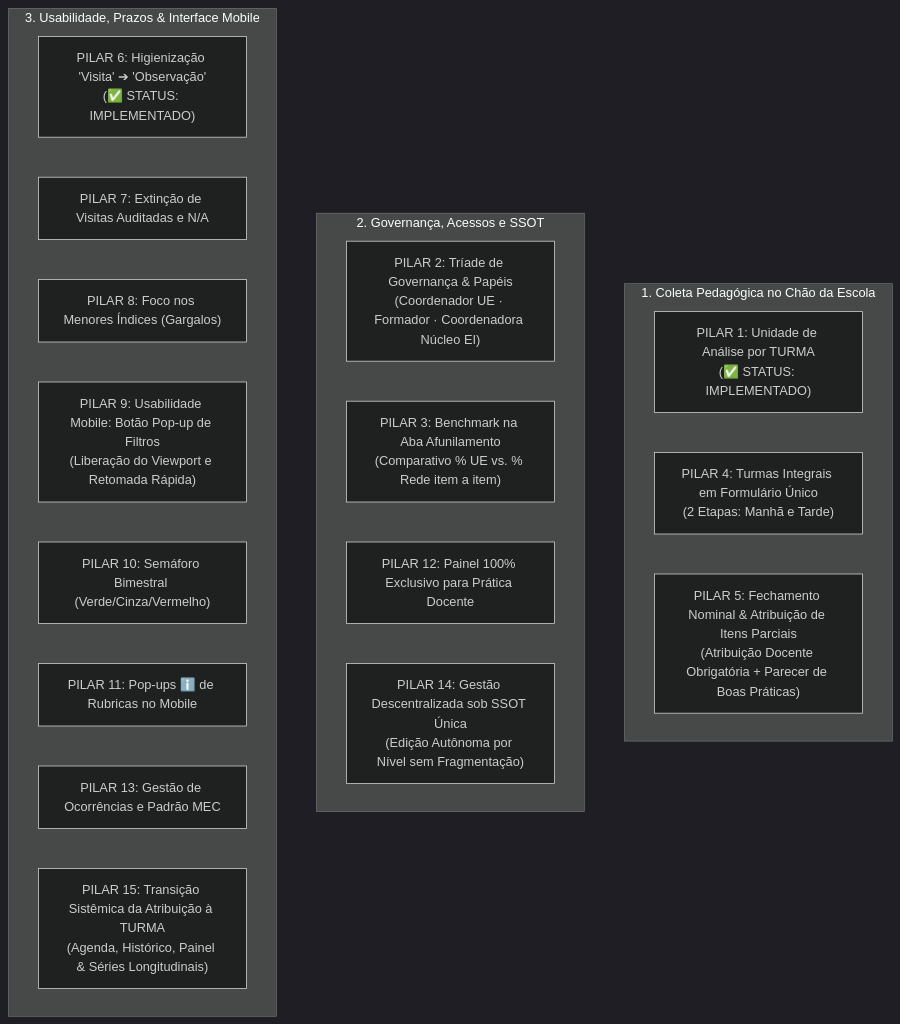
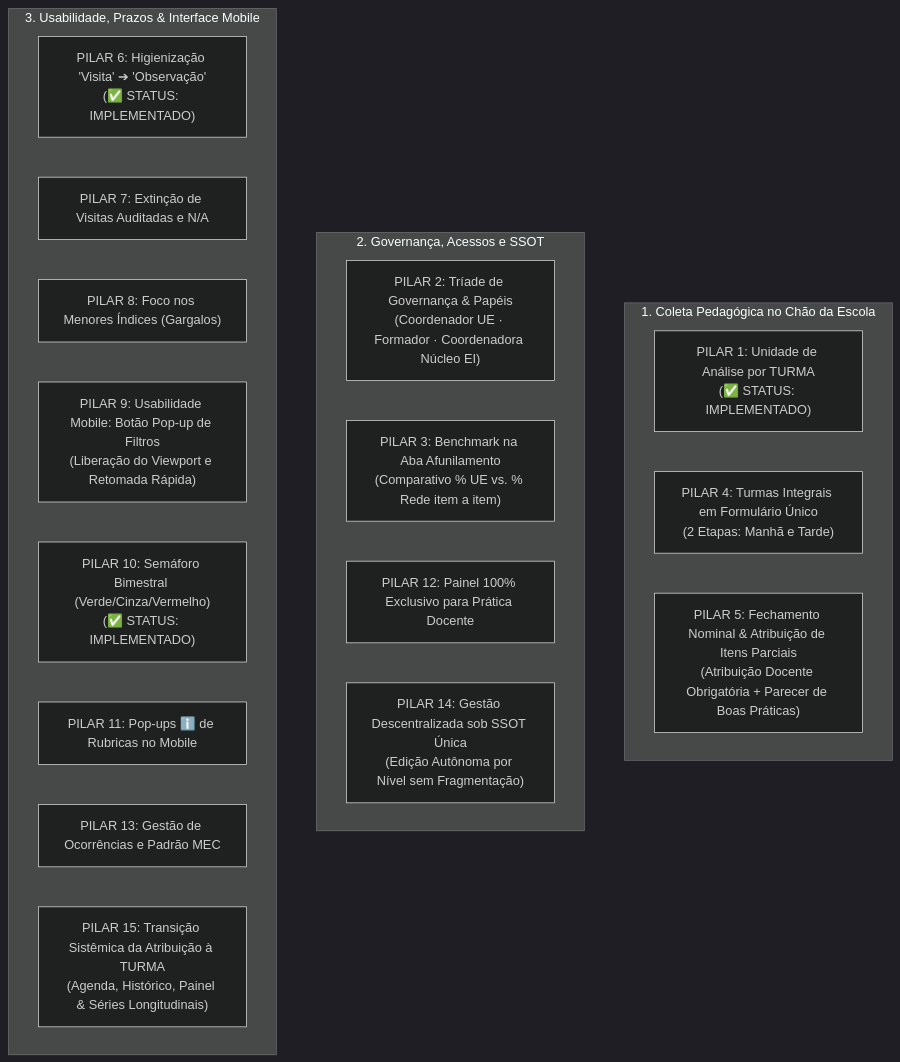
The first of 2 diagrams in docs/documento_insights_supervisao_pedagogica_20261020.md (silvabrun0/supervisao-st-crianca), drawn with Mermaid (dark theme) before and after one commit. The commit also changed other lines of this file and 5 other files, not shown here.

Commit message:
feat: implementar pilar 10 - quadro de controle bimestral e semaforo de prazos por turma (v1.08)

````diff
--- a/docs/documento_insights_supervisao_pedagogica_20261020.md
+++ b/docs/documento_insights_supervisao_pedagogica_20261020.md
@@ -44,26 +44,26 @@
 ```mermaid
 flowchart TD
     subgraph StatusColeta["1. Coleta Pedagógica no Chão da Escola"]
         P1["PILAR 1: Unidade de Análise por TURMA\n(✅ STATUS: IMPLEMENTADO)"]
         P4["PILAR 4: Turmas Integrais em Formulário Único\n(2 Etapas: Manhã e Tarde)"]
         P5["PILAR 5: Fechamento Nominal & Atribuição de Itens Parciais\n(Atribuição Docente Obrigatória + Parecer de Boas Práticas)"]
     end
 
     subgraph Governanca["2. Governança, Acessos e SSOT"]
         P2["PILAR 2: Tríade de Governança & Papéis\n(Coordenador UE · Formador · Coordenadora Núcleo EI)"]
         P3["PILAR 3: Benchmark na Aba Afunilamento\n(Comparativo % UE vs. % Rede item a item)"]
         P12["PILAR 12: Painel 100% Exclusivo para Prática Docente"]
         P14["PILAR 14: Gestão Descentralizada sob SSOT Única\n(Edição Autônoma por Nível sem Fragmentação)"]
     end
 
     subgraph Ergonomia["3. Usabilidade, Prazos & Interface Mobile"]
         P6["PILAR 6: Higienização 'Visita' ➔ 'Observação'\n(✅ STATUS: IMPLEMENTADO)"]
         P7["PILAR 7: Extinção de Visitas Auditadas e N/A"]
         P8["PILAR 8: Foco nos Menores Índices (Gargalos)"]
         P9["PILAR 9: Usabilidade Mobile: Botão Pop-up de Filtros\n(Liberação do Viewport e Retomada Rápida)"]
-        P10["PILAR 10: Semáforo Bimestral (Verde/Cinza/Vermelho)"]
+        P10["PILAR 10: Semáforo Bimestral (Verde/Cinza/Vermelho)\n(✅ STATUS: IMPLEMENTADO)"]
         P11["PILAR 11: Pop-ups ℹ️ de Rubricas no Mobile"]
         P13["PILAR 13: Gestão de Ocorrências e Padrão MEC"]
         P15["PILAR 15: Transição Sistêmica da Atribuição à TURMA\n(Agenda, Histórico, Painel & Séries Longitudinais)"]
     end
 ```
````
